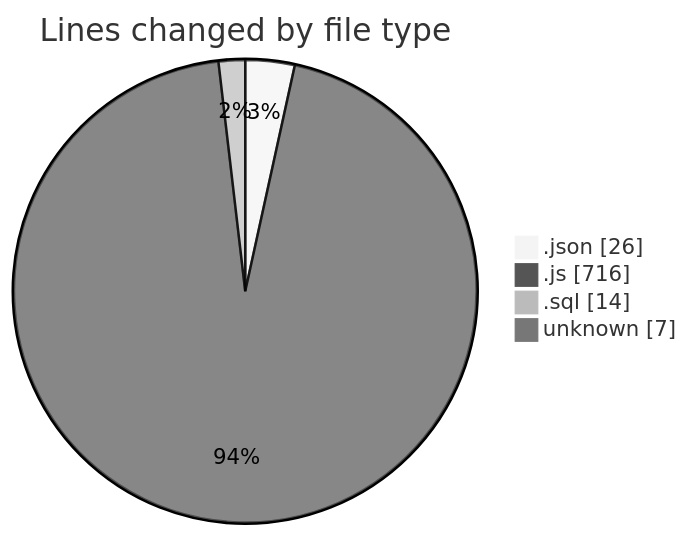
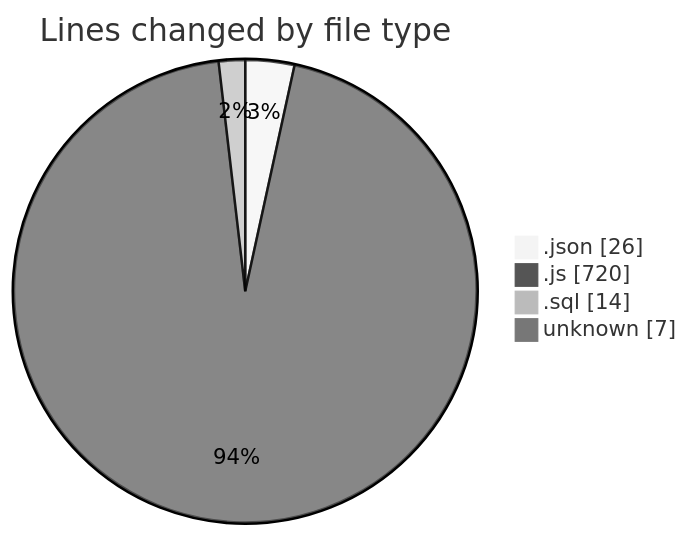
One commit to nxtqubesakshisongat/code-tracking changed the first of 2 diagrams in 2025-09-10/cashcalc/README.md. Above: the diagram before and after it, drawn with Mermaid (neutral theme). The commit also changed other lines of this file and 1 other file, not shown here.

````diff
--- a/2025-09-10/cashcalc/README.md
+++ b/2025-09-10/cashcalc/README.md
@@ -33,8 +33,8 @@
 ```mermaid
 pie showData
 title Lines changed by file type
 ".json" : 26
-".js" : 716
+".js" : 720
 ".sql" : 14
 "unknown" : 7
 ```
````
